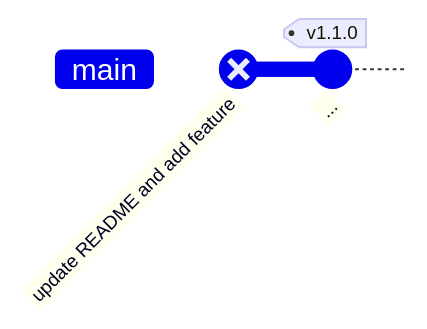
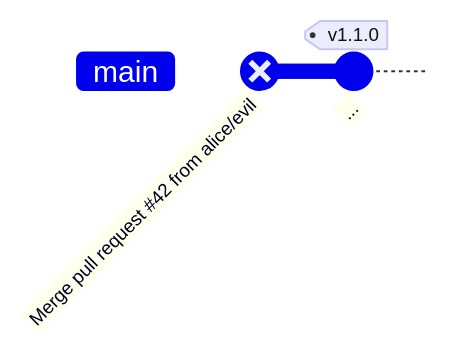
One commit to kosli-dev/never-alone-ts changed the fourth of 16 diagrams in SCENARIOS.md. Above: the diagram before and after it, drawn with Mermaid. The commit also changed other lines of this file and 5 other files, not shown here.

Commit message:
Refactor merge commit detection to eliminate reliance on message-based checks, ensuring only structural criteria are used for identifying merge commits. Update related tests and documentation to reflect this change and enhance security against bypass attempts.

````diff
--- a/SCENARIOS.md
+++ b/SCENARIOS.md
@@ -121,6 +73,6 @@
 ```mermaid
 gitGraph
    commit id: "..." tag: "v1.0.0"
-   commit id: "update README and add feature" type: REVERSE
+   commit id: "Merge pull request #42 from alice/evil" type: REVERSE
    commit id: "..." tag: "v1.1.0"
 ```
````
